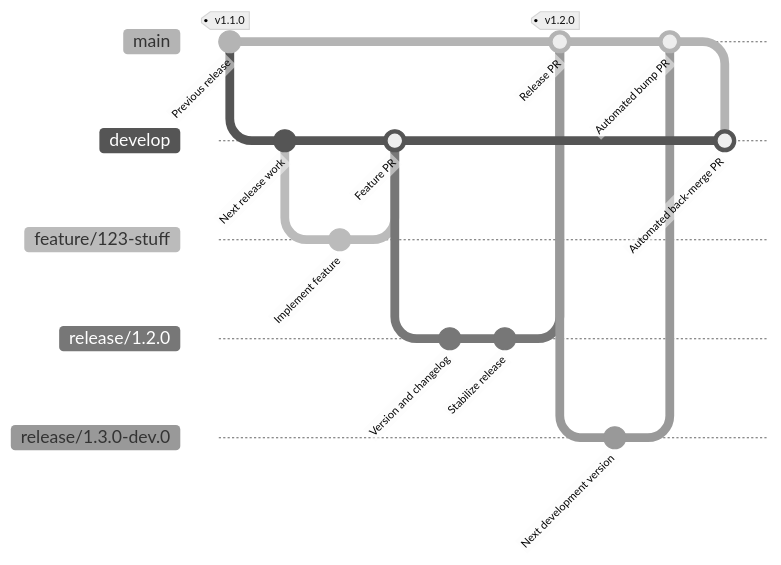
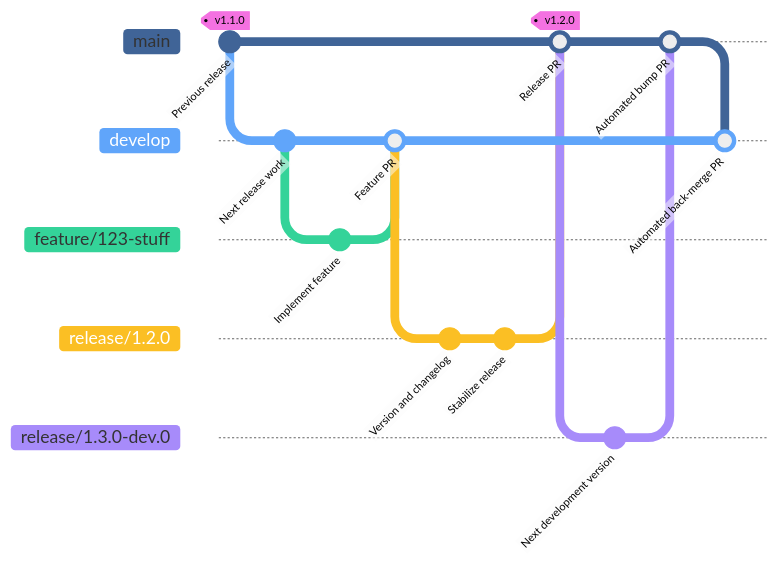
The first of 4 diagrams in docs/documentation/ci-cd.md (sergehas/ganttee), drawn with Mermaid before and after one commit. The commit also changed other lines of this file, not shown here.

Commit message:
feat(docs): add theme variables for git graph configuration

````diff
--- a/docs/documentation/ci-cd.md
+++ b/docs/documentation/ci-cd.md
@@ -45,25 +45,37 @@
 ```mermaid
 ---
 config:
   theme: 'neutral'
+  themeVariables:
+    'git0': '#406497'
+    'git1': '#60A5FA'
+    tagLabelColor: '#000'
+    tagLabelBackground: '#F471E1'
+    tagLabelBorder: '#F471E1'
+    'git2': '#34D399'
+    'git3': '#FBBF24'
+    'git4': '#A78BFA'
+    'git5': '#F69866'
+    'git6': '#22D3EE'
+    'git7': '#95E633'
 ---
 gitGraph
       commit id: "Previous release" tag: "v1.1.0"
       branch develop
       commit id: "Next release work"
       branch feature/123-stuff
       commit id: "Implement feature"
       checkout develop
       merge feature/123-stuff id: "Feature PR"
       branch release/1.2.0
       commit id: "Version and changelog"
       commit id: "Stabilize release"
       checkout main
       merge release/1.2.0 id: "Release PR" tag: "v1.2.0"
       branch release/1.3.0-dev.0
       commit id: "Next development version"
       checkout main
       merge release/1.3.0-dev.0 id: "Automated bump PR"
       checkout develop
       merge main id: "Automated back-merge PR"
 ```
````
